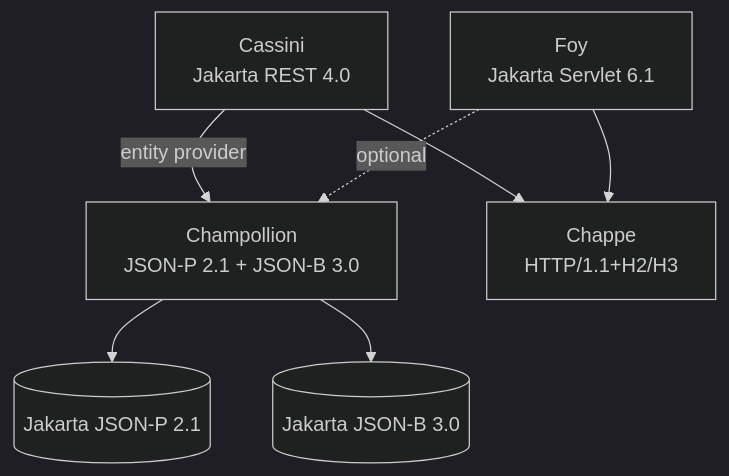
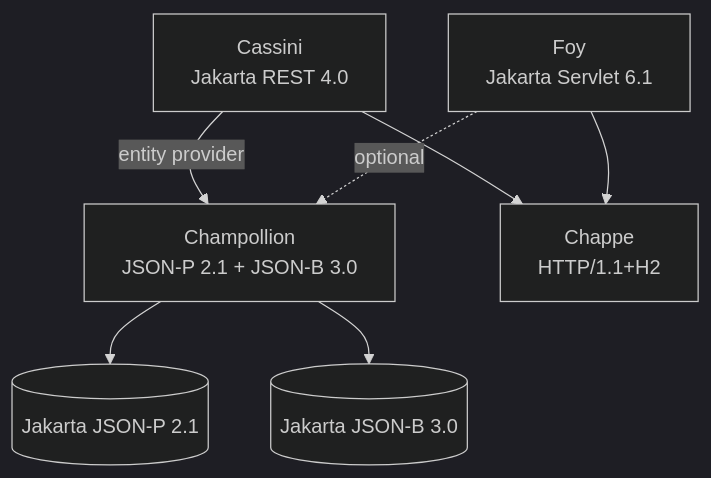
The diagram in vidocq-components/vidocq-components-jakartaee/vidocq-components-jakartaee-core/champollion/docs/en/modules/ROOT/pages/index.adoc (vidocq-stack/vidocq), drawn with Mermaid (dark theme) before and after one commit. The commit also changed 176 other files, not shown here.

```diff
--- a/vidocq-components/vidocq-components-jakartaee/vidocq-components-jakartaee-core/champollion/docs/en/modules/ROOT/pages/index.adoc
+++ b/vidocq-components/vidocq-components-jakartaee/vidocq-components-jakartaee-core/champollion/docs/en/modules/ROOT/pages/index.adoc
@@ -50,17 +50,17 @@
 [mermaid]
 ....
 flowchart TB
     cassini[Cassini<br/>Jakarta REST 4.0]
     foy[Foy<br/>Jakarta Servlet 6.1]
     champollion[Champollion<br/>JSON-P 2.1 + JSON-B 3.0]
-    chappe[Chappe<br/>HTTP/1.1+H2/H3]
+    chappe[Chappe<br/>HTTP/1.1+H2]
     spec_jsonp[(Jakarta JSON-P 2.1)]
     spec_jsonb[(Jakarta JSON-B 3.0)]
 
     cassini -- entity provider --> champollion
     foy -.optional.-> champollion
     champollion --> spec_jsonp
     champollion --> spec_jsonb
     cassini --> chappe
     foy --> chappe
 ....
```
